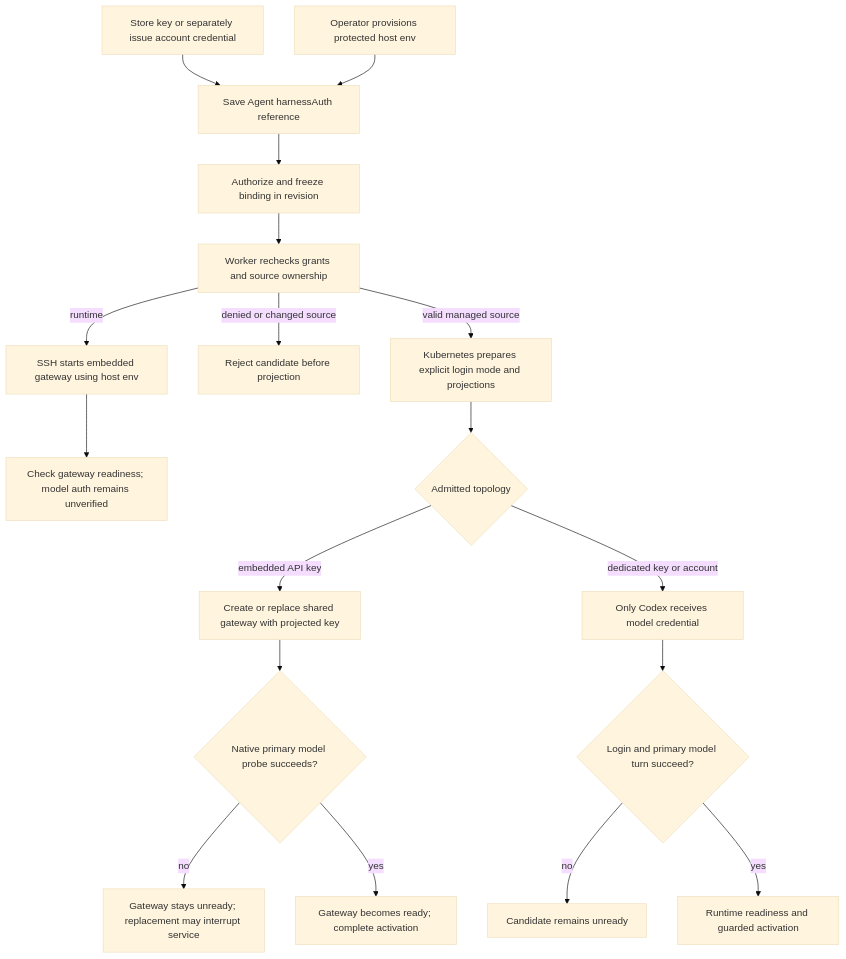
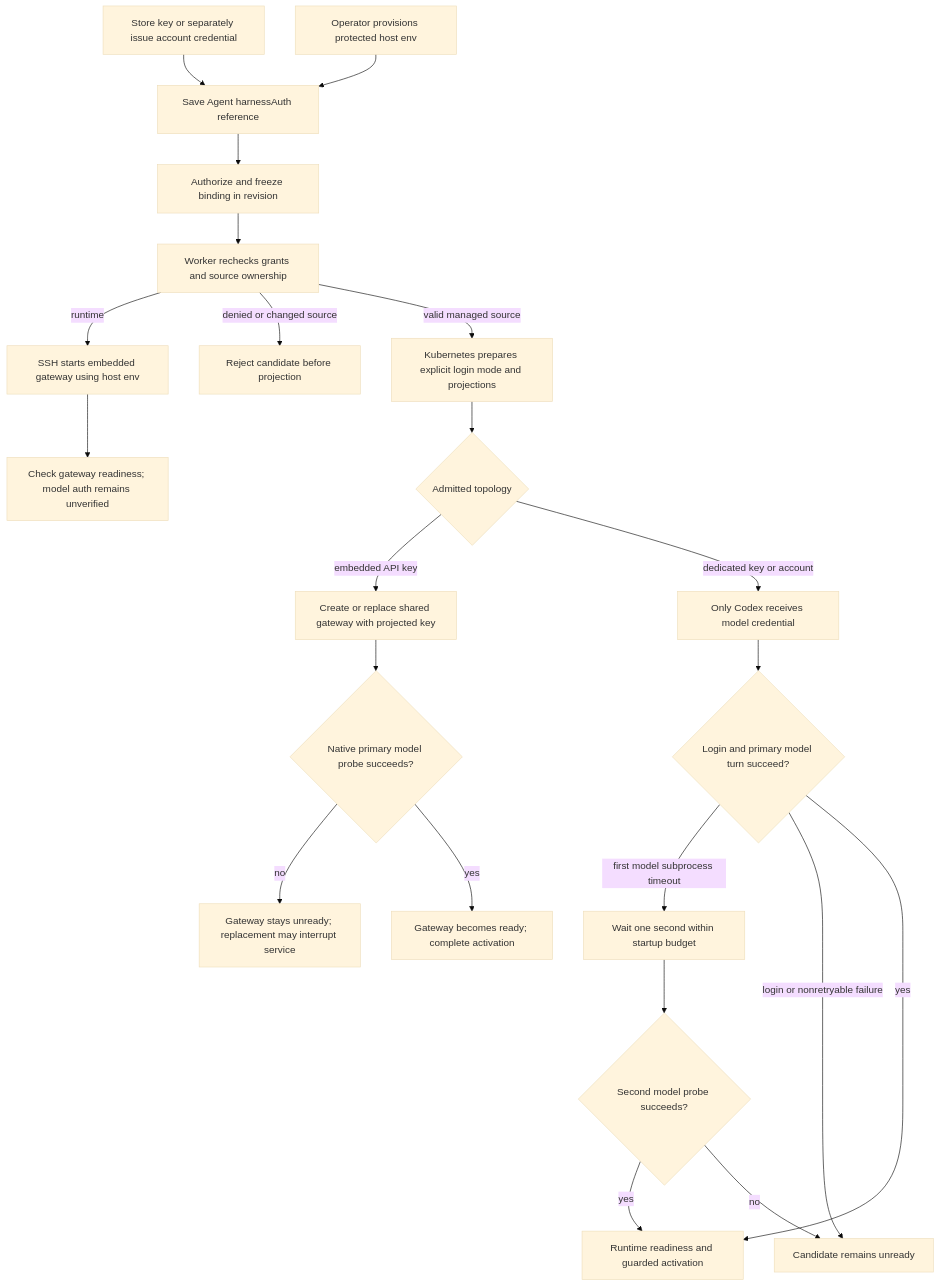
One commit to IsaiahStapleton/openclaw-enterprise changed the diagram in docs/flows/native-service-account-credential-delivery.md. Above: the diagram before and after it, drawn with Mermaid (base theme). The commit also changed other lines of this file and 8 other files, not shown here.

Commit message:
fix(runtime): retry bounded model-probe timeouts

````diff
--- a/docs/flows/native-service-account-credential-delivery.md
+++ b/docs/flows/native-service-account-credential-delivery.md
@@ -33,20 +33,24 @@
 ```mermaid
 graph TD
   A["Store key or separately issue account credential"] --> B["Save Agent harnessAuth reference"]
   R["Operator provisions protected host env"] --> B
   D -->|runtime| S["SSH starts embedded gateway using host env"]
   S --> T["Check gateway readiness; model auth remains unverified"]
   B --> C["Authorize and freeze binding in revision"]
   C --> D["Worker rechecks grants and source ownership"]
   D -->|denied or changed source| E["Reject candidate before projection"]
   D -->|valid managed source| F["Kubernetes prepares explicit login mode and projections"]
   F --> G{"Admitted topology"}
   G -->|embedded API key| H["Create or replace shared gateway with projected key"]
   G -->|dedicated key or account| I["Only Codex receives model credential"]
   I --> J{"Login and primary model turn succeed?"}
-  J -->|no| K["Candidate remains unready"]
+  J -->|first model subprocess timeout| P["Wait one second within startup budget"]
+  P --> Q{"Second model probe succeeds?"}
+  Q -->|yes| L
+  Q -->|no| K["Candidate remains unready"]
+  J -->|login or nonretryable failure| K
   J -->|yes| L["Runtime readiness and guarded activation"]
   H --> M{"Native primary model probe succeeds?"}
   M -->|no| N["Gateway stays unready; replacement may interrupt service"]
   M -->|yes| O["Gateway becomes ready; complete activation"]
 ```
````
